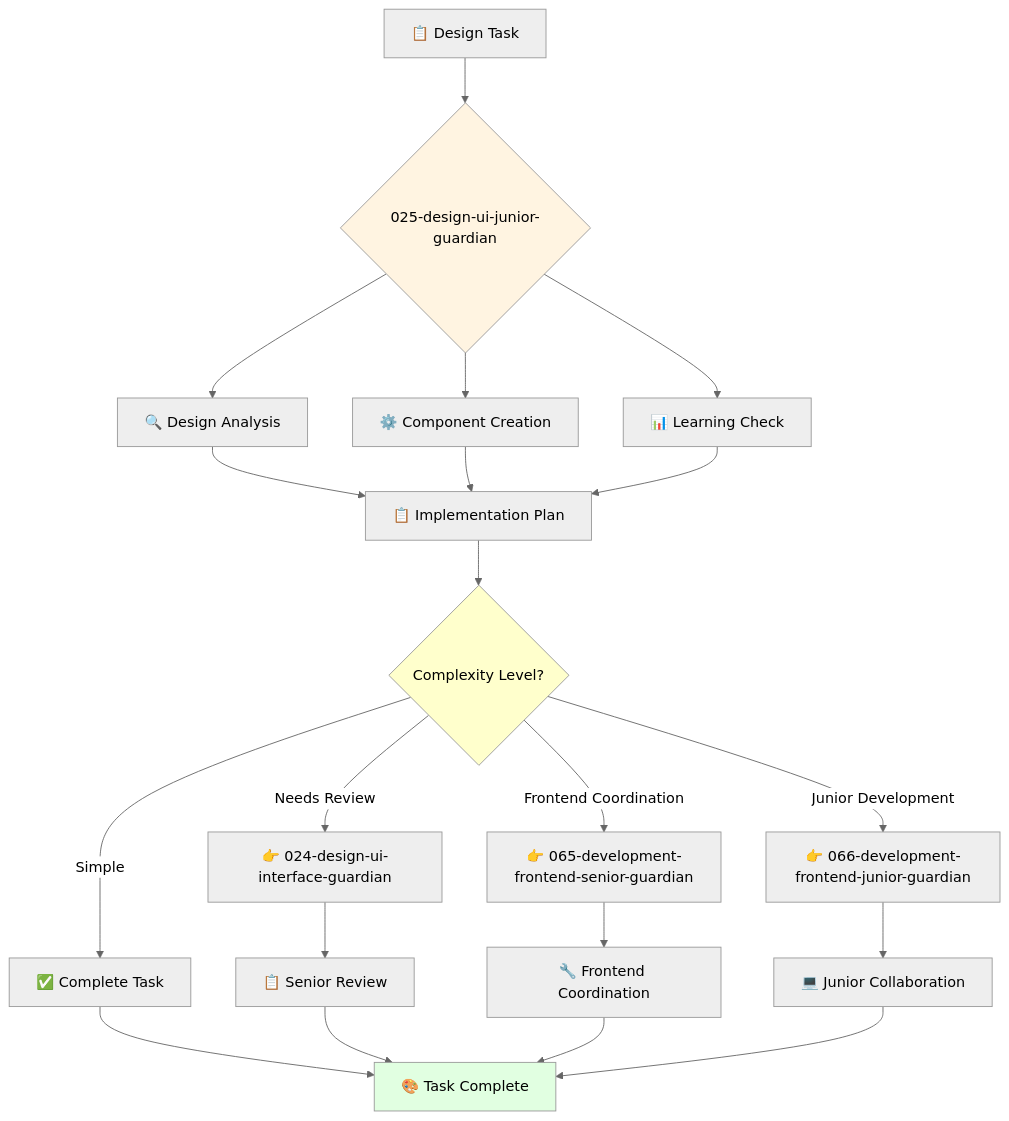
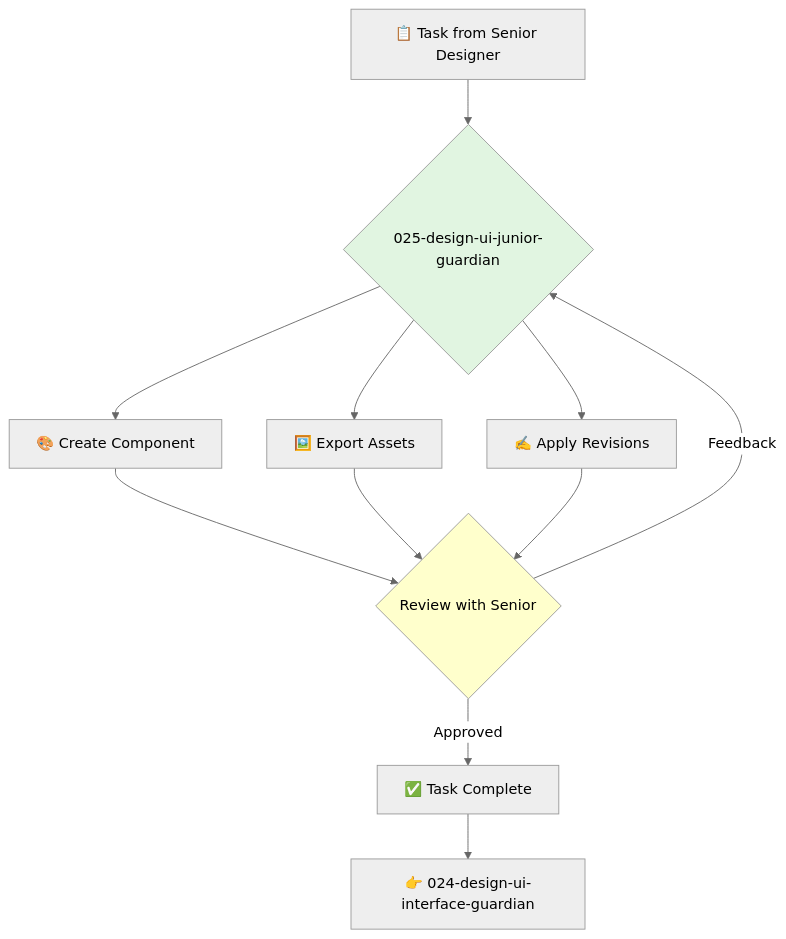
The diagram in 1-product/2-product-design/2-ui-design/025-design-ui-junior-guardian.md (kairin/claude-guardian-agents), drawn with Mermaid (neutral theme) before and after one commit. The commit also changed other lines of this file and 42 other files, not shown here.

````diff
--- a/1-product/2-product-design/2-ui-design/025-design-ui-junior-guardian.md
+++ b/1-product/2-product-design/2-ui-design/025-design-ui-junior-guardian.md
@@ -57,30 +71,19 @@
 ```mermaid
 flowchart TD
-    A[📋 Design Task] --> B{025-design-ui-junior-guardian}
-    B --> C[🔍 Design Analysis]
-    B --> D[⚙️ Component Creation]  
-    B --> E[📊 Learning Check]
-    
-    C --> F[📋 Implementation Plan]
+    A[📋 Task from Senior Designer] --> B{025-design-ui-junior-guardian}
+    B --> C[🎨 Create Component]
+    B --> D[🖼️ Export Assets]
+    B --> E[✍️ Apply Revisions]
+
+    C --> F{Review with Senior}
     D --> F
     E --> F
-    
-    F --> G{Complexity Level?}
-    G -->|Simple| H[✅ Complete Task]
-    G -->|Needs Review| I[👉 024-design-ui-interface-guardian]
-    G -->|Frontend Coordination| J[👉 065-development-frontend-senior-guardian]
-    G -->|Junior Development| K[👉 066-development-frontend-junior-guardian]
-    
-    H --> L[🎨 Task Complete]
-    I --> M[📋 Senior Review]
-    J --> N[🔧 Frontend Coordination]
-    K --> O[💻 Junior Collaboration]
-    
-    M --> L
-    N --> L
-    O --> L
-    
-    style B fill:#fff4e1
-    style G fill:#ffffcc
-    style L fill:#e1ffe1
+
+    F -->|Approved| G[✅ Task Complete]
+    F -->|Feedback| B
+
+    G --> H[👉 024-design-ui-interface-guardian]
+
+    style B fill:#e1f5e1
+    style F fill:#ffffcc
 ```
````
